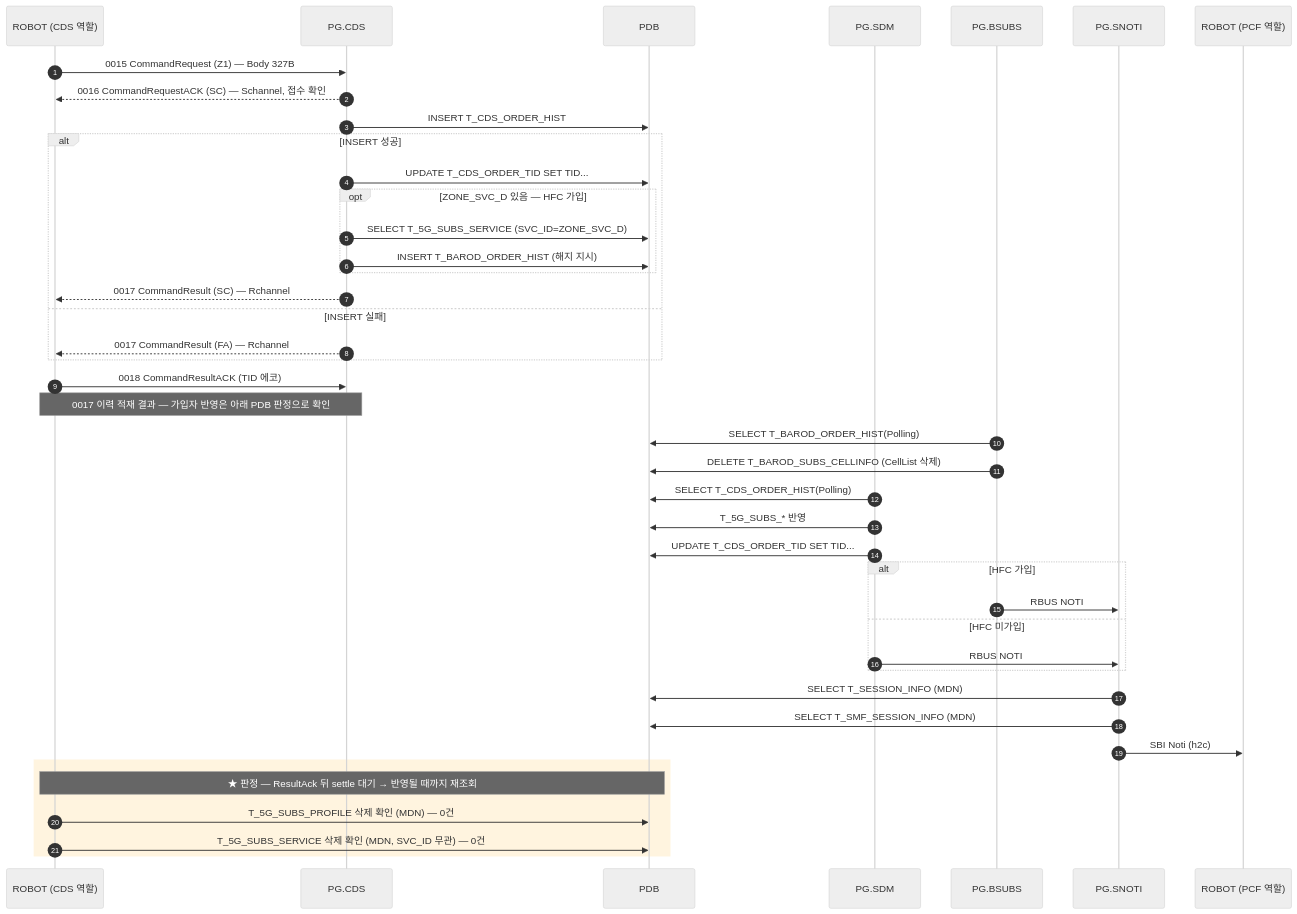
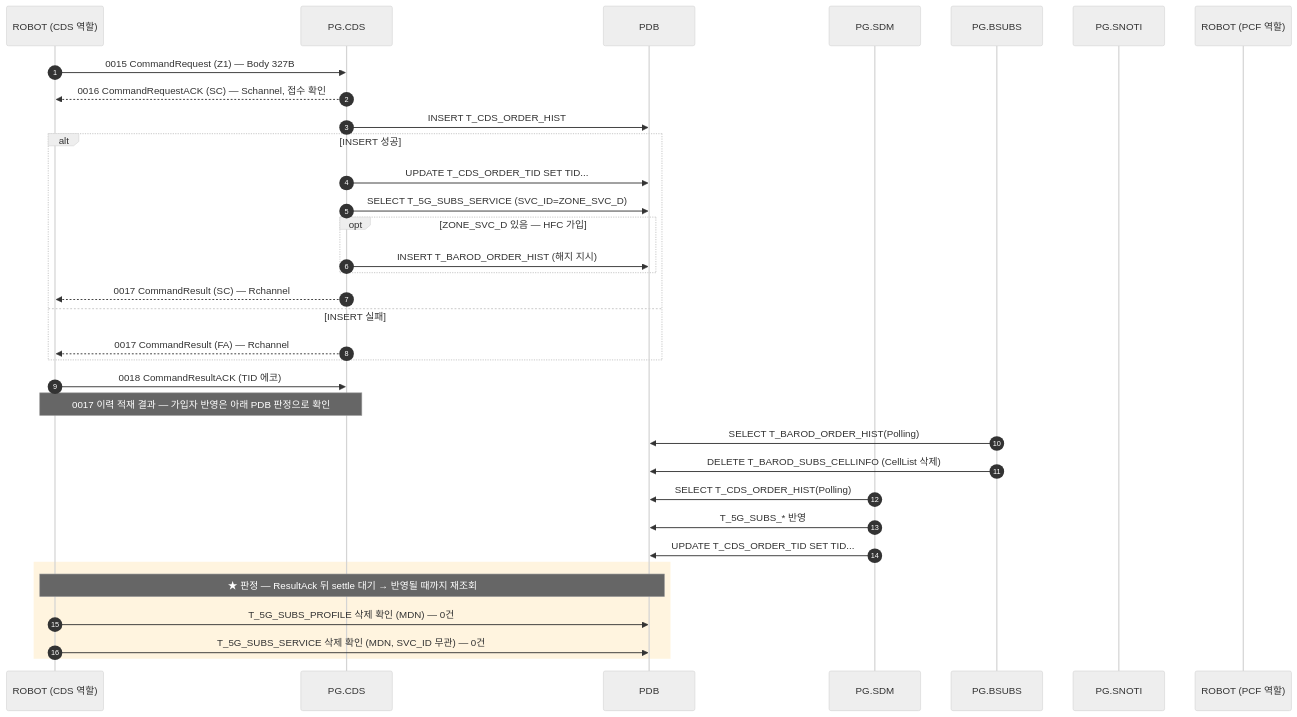
One commit to IanKim2030/tc4robot changed the diagram in docs/callflow/CDS_Z1.md. Above: the diagram before and after it, drawn with Mermaid (neutral theme).

Commit message:
CDS Z1 call flow updated with new steps and error handling.

````diff
--- a/docs/callflow/CDS_Z1.md
+++ b/docs/callflow/CDS_Z1.md
@@ -17,46 +17,38 @@
 ```mermaid
 sequenceDiagram
     autonumber
     participant TOOL as ROBOT (CDS 역할)
     participant PCDS as PG.CDS
     participant PDB as PDB
     participant SDM as PG.SDM
     participant BSUBS as PG.BSUBS
     participant SNOTI as PG.SNOTI
     participant PCF as ROBOT (PCF 역할)
 
     TOOL->>PCDS: 0015 CommandRequest (Z1) — Body 327B
     PCDS-->>TOOL: 0016 CommandRequestACK (SC) — Schannel, 접수 확인
     PCDS->>PDB: INSERT T_CDS_ORDER_HIST
     alt INSERT 성공
         PCDS->>PDB: UPDATE T_CDS_ORDER_TID SET TID...
+        PCDS->>PDB: SELECT T_5G_SUBS_SERVICE (SVC_ID=ZONE_SVC_D)
         opt ZONE_SVC_D 있음 — HFC 가입
-            PCDS->>PDB: SELECT T_5G_SUBS_SERVICE (SVC_ID=ZONE_SVC_D)
             PCDS->>PDB: INSERT T_BAROD_ORDER_HIST (해지 지시)
         end
         PCDS-->>TOOL: 0017 CommandResult (SC) — Rchannel
     else INSERT 실패
         PCDS-->>TOOL: 0017 CommandResult (FA) — Rchannel
     end
     TOOL->>PCDS: 0018 CommandResultACK (TID 에코)
     Note over TOOL,PCDS: 0017 이력 적재 결과 — 가입자 반영은 아래 PDB 판정으로 확인
 
     BSUBS->>PDB: SELECT T_BAROD_ORDER_HIST(Polling)
     BSUBS->>PDB: DELETE T_BAROD_SUBS_CELLINFO (CellList 삭제)
     SDM->>PDB: SELECT T_CDS_ORDER_HIST(Polling)
     SDM->>PDB: T_5G_SUBS_* 반영
     SDM->>PDB: UPDATE T_CDS_ORDER_TID SET TID...
-    alt HFC 가입
-        BSUBS->>SNOTI: RBUS NOTI
-    else HFC 미가입
-        SDM->>SNOTI: RBUS NOTI
-    end
-    SNOTI->>PDB: SELECT T_SESSION_INFO (MDN)
-    SNOTI->>PDB: SELECT T_SMF_SESSION_INFO (MDN)
-    SNOTI->>PCF: SBI Noti (h2c)
     rect rgba(255, 176, 32, 0.14)
     Note over TOOL,PDB: ★ 판정 — ResultAck 뒤 settle 대기 → 반영될 때까지 재조회
         TOOL->>PDB: T_5G_SUBS_PROFILE 삭제 확인 (MDN) — 0건
         TOOL->>PDB: T_5G_SUBS_SERVICE 삭제 확인 (MDN, SVC_ID 무관) — 0건
     end
 ```
````
